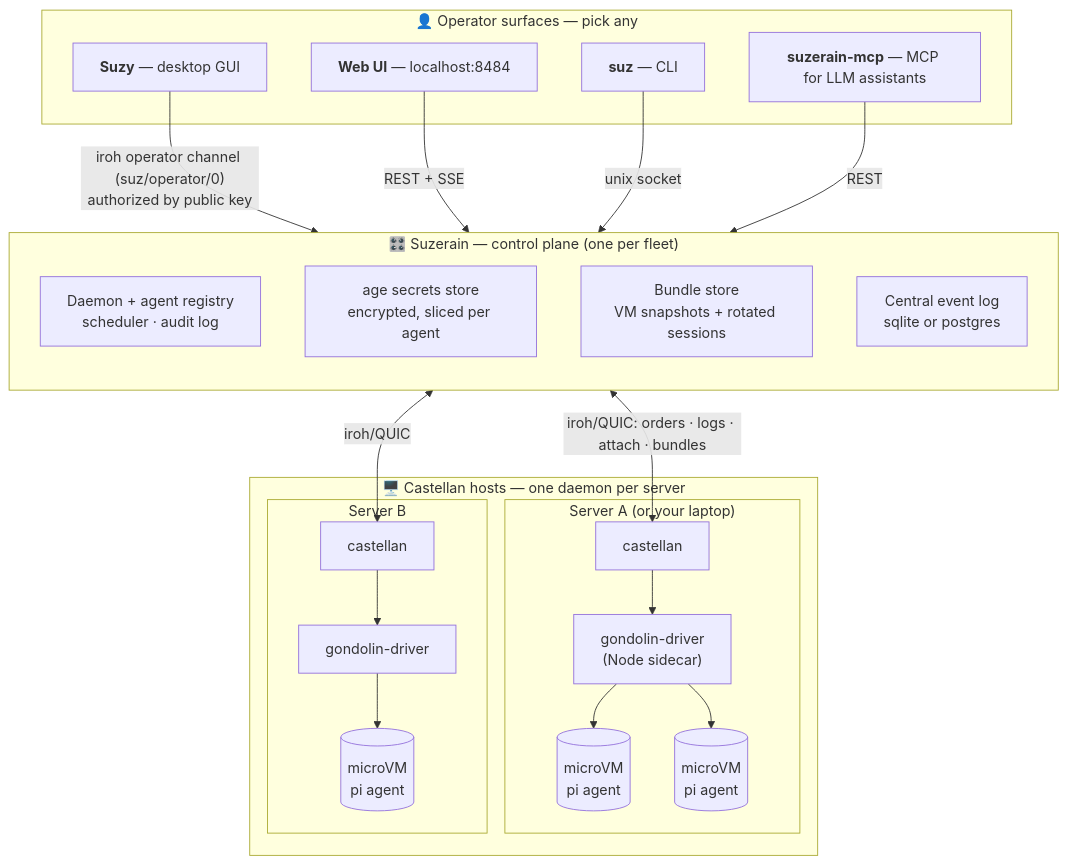
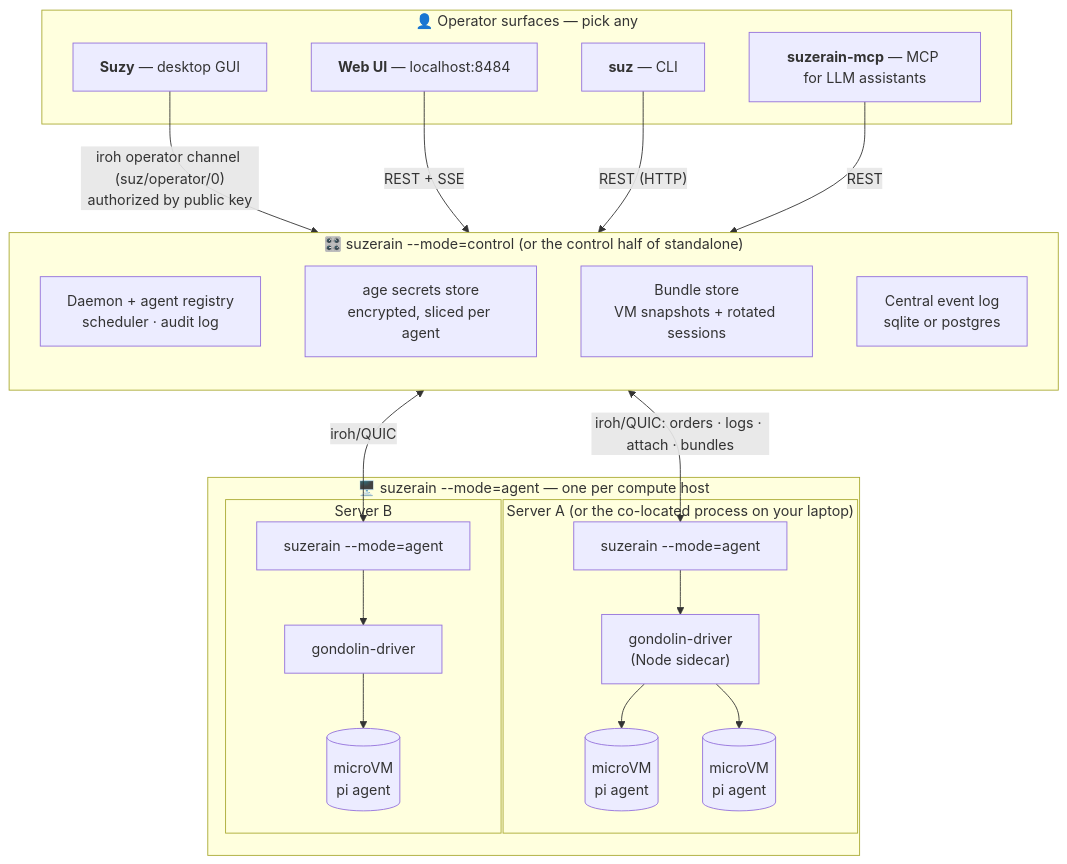
One commit to Shakakai/suzerain changed the first of 4 diagrams in README.md. Above: the diagram before and after it, drawn with Mermaid. The commit also changed other lines of this file and 57 other files, not shown here.

First line of the commit message:
Unify suzerain/castellan into one binary, one client API

````diff
--- a/README.md
+++ b/README.md
@@ -28,49 +33,49 @@
 ```mermaid
 flowchart TB
     subgraph OPS["👤 Operator surfaces — pick any"]
         SUZY["<b>Suzy</b> — desktop GUI"]
         WEB["<b>Web UI</b> — localhost:8484"]
         CLI["<b>suz</b> — CLI"]
         MCP["<b>suzerain-mcp</b> — MCP for LLM assistants"]
     end
 
-    subgraph CP["🎛️ Suzerain — control plane (one per fleet)"]
+    subgraph CP["🎛️ suzerain --mode=control (or the control half of standalone)"]
         direction TB
         REG["Daemon + agent registry<br/>scheduler · audit log"]
         SEC["age secrets store<br/>encrypted, sliced per agent"]
         BUN["Bundle store<br/>VM snapshots + rotated sessions"]
         LOG["Central event log<br/>sqlite or postgres"]
     end
 
-    subgraph FLEET["🖥️ Castellan hosts — one daemon per server"]
-        subgraph A["Server A (or your laptop)"]
-            C1["castellan"]
+    subgraph FLEET["🖥️ suzerain --mode=agent — one per compute host"]
+        subgraph A["Server A (or the co-located process on your laptop)"]
+            C1["suzerain --mode=agent"]
             D1["gondolin-driver<br/>(Node sidecar)"]
             V1[("microVM<br/>pi agent")]
             V2[("microVM<br/>pi agent")]
         end
         subgraph B["Server B"]
-            C2["castellan"]
+            C2["suzerain --mode=agent"]
             D2["gondolin-driver"]
             V3[("microVM<br/>pi agent")]
         end
     end
 
     SUZY -- "iroh operator channel (suz/operator/0)<br/>authorized by public key" --> CP
     WEB -- "REST + SSE" --> CP
-    CLI -- "unix socket" --> CP
+    CLI -- "REST (HTTP)" --> CP
     MCP -- "REST" --> CP
     CP <-- "iroh/QUIC: orders · logs · attach · bundles" --> C1
     CP <-- "iroh/QUIC" --> C2
     C1 --> D1 --> V1
     D1 --> V2
     C2 --> D2 --> V3
 
     click SUZY "docs/SUZY.md" "Suzy desktop GUI"
     click WEB "docs/WEB-UI.md" "Web UI spec"
     click MCP "docs/MCP.md" "MCP server"
     click SEC "docs/PLAN.md" "Secrets design (§4)"
     click BUN "docs/AUTO-SUSPEND.md" "Auto-suspend & wake"
-    click C1 "docs/PLAN.md" "Castellan internals (§6)"
+    click C1 "docs/PLAN.md" "Agent-hosting internals (§6)"
     click REG "docs/PLAN.md" "Control plane internals (§7)"
 ```
````
